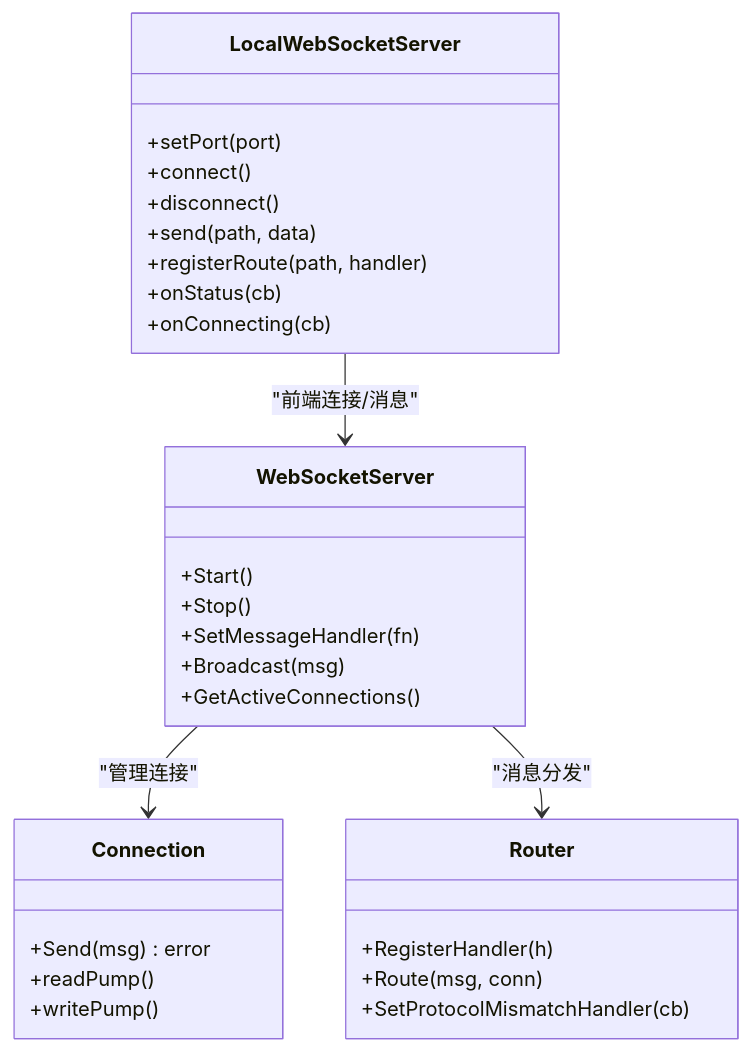
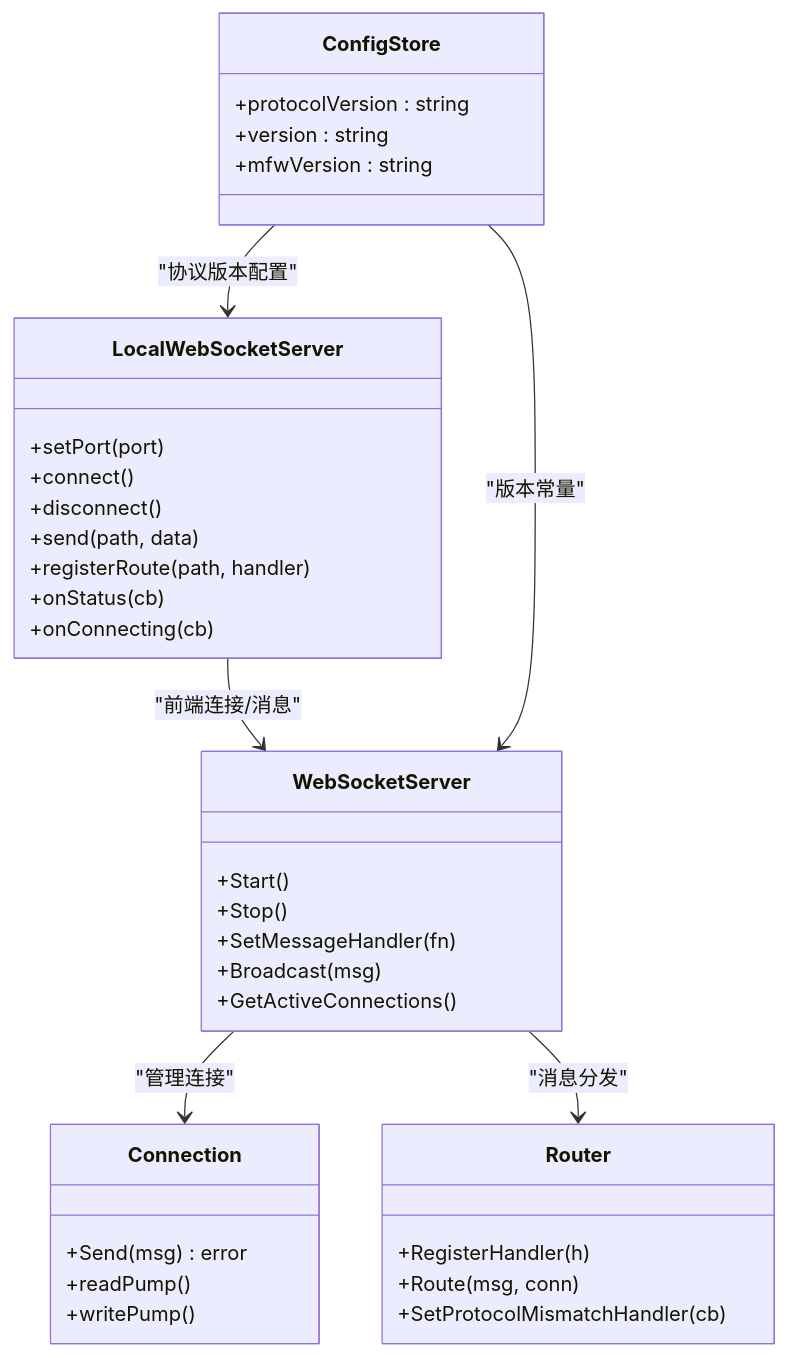
Before and after one commit to kqcoxn/MaaPipelineEditor: the third of 6 diagrams in .qoder/repowiki/zh/content/服务层架构/WebSocket 服务器.md, drawn with Mermaid. The commit also changed other lines of this file and 37 other files, not shown here.

````diff
--- a/.qoder/repowiki/zh/content/服务层架构/WebSocket 服务器.md
+++ b/.qoder/repowiki/zh/content/服务层架构/WebSocket 服务器.md
@@ -229,32 +268,39 @@
 ```mermaid
 classDiagram
 class LocalWebSocketServer {
 +setPort(port)
 +connect()
 +disconnect()
 +send(path, data)
 +registerRoute(path, handler)
 +onStatus(cb)
 +onConnecting(cb)
 }
 class WebSocketServer {
 +Start()
 +Stop()
 +SetMessageHandler(fn)
 +Broadcast(msg)
 +GetActiveConnections()
 }
 class Connection {
 +Send(msg) error
 +readPump()
 +writePump()
 }
 class Router {
 +RegisterHandler(h)
 +Route(msg, conn)
 +SetProtocolMismatchHandler(cb)
 }
+class ConfigStore {
++protocolVersion : string
++version : string
++mfwVersion : string
+}
 LocalWebSocketServer --> WebSocketServer : "前端连接/消息"
 WebSocketServer --> Connection : "管理连接"
 WebSocketServer --> Router : "消息分发"
+ConfigStore --> LocalWebSocketServer : "协议版本配置"
+ConfigStore --> WebSocketServer : "版本常量"
 ```
````
